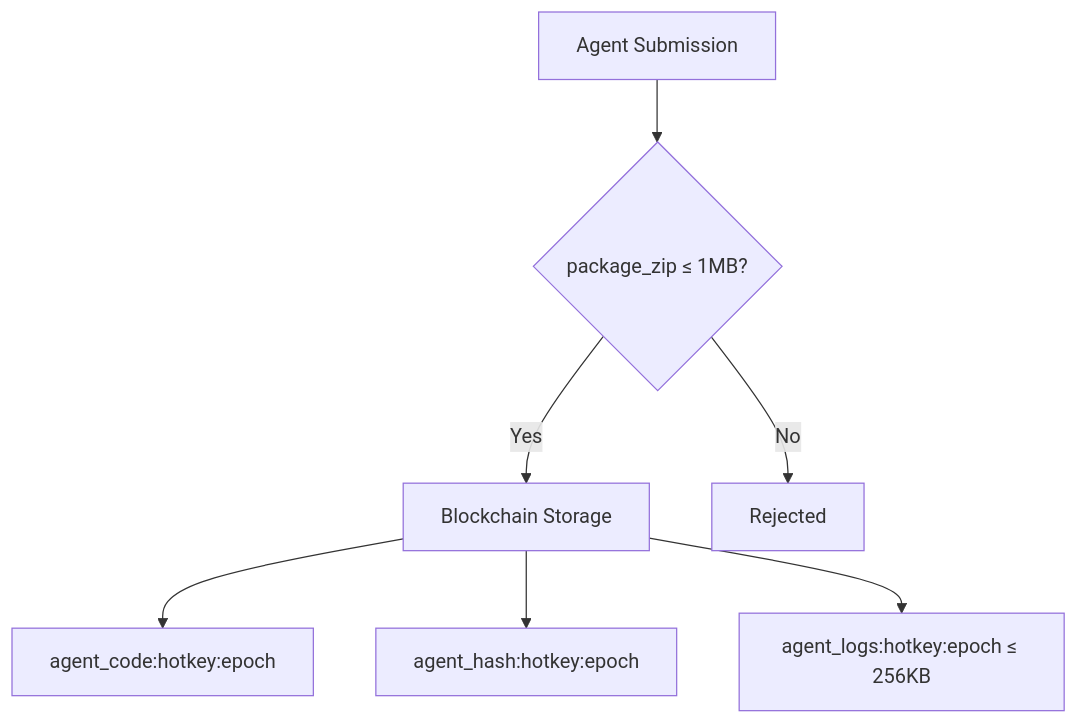
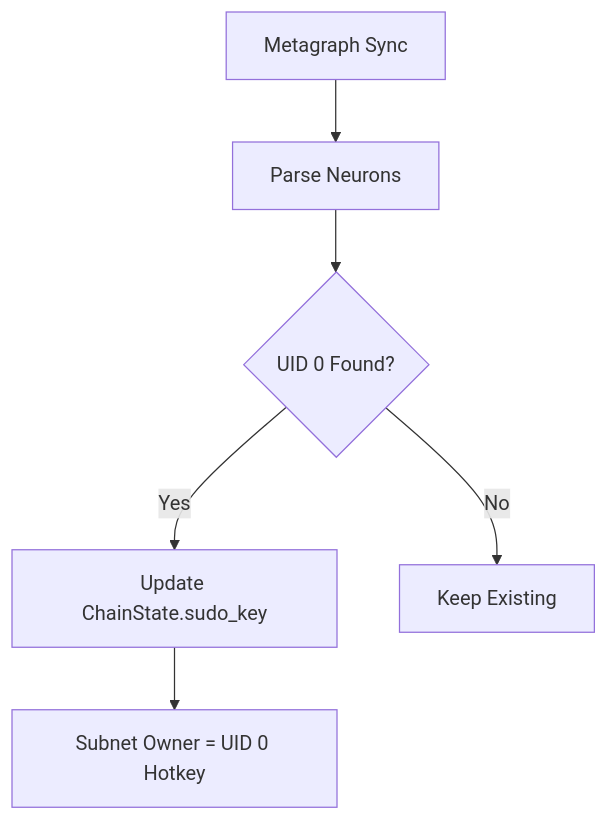
One commit to PlatformNetwork/term-challenge-v2 changed the sixth of 6 diagrams in README.md. Above: the diagram before and after it, drawn with Mermaid. The commit also changed other lines of this file and 208 other files, not shown here.

First line of the commit message:
feat: WASM-only architecture with sudo challenge management and P2P distribution

````diff
--- a/README.md
+++ b/README.md
@@ -160,9 +141,8 @@
 ```mermaid
 flowchart TB
-    Submit[Agent Submission] --> Validate{package_zip ≤ 1MB?}
-    Validate -->|Yes| Store[Blockchain Storage]
-    Validate -->|No| Reject[Rejected]
-    Store --> Code[agent_code:hotkey:epoch]
-    Store --> Hash[agent_hash:hotkey:epoch]
-    Store --> Logs[agent_logs:hotkey:epoch ≤ 256KB]
+    Sync[Metagraph Sync] --> Parse[Parse Neurons]
+    Parse --> UID0{UID 0 Found?}
+    UID0 -->|Yes| Update[Update ChainState.sudo_key]
+    UID0 -->|No| Keep[Keep Existing]
+    Update --> Owner[Subnet Owner = UID 0 Hotkey]
 ```
````
